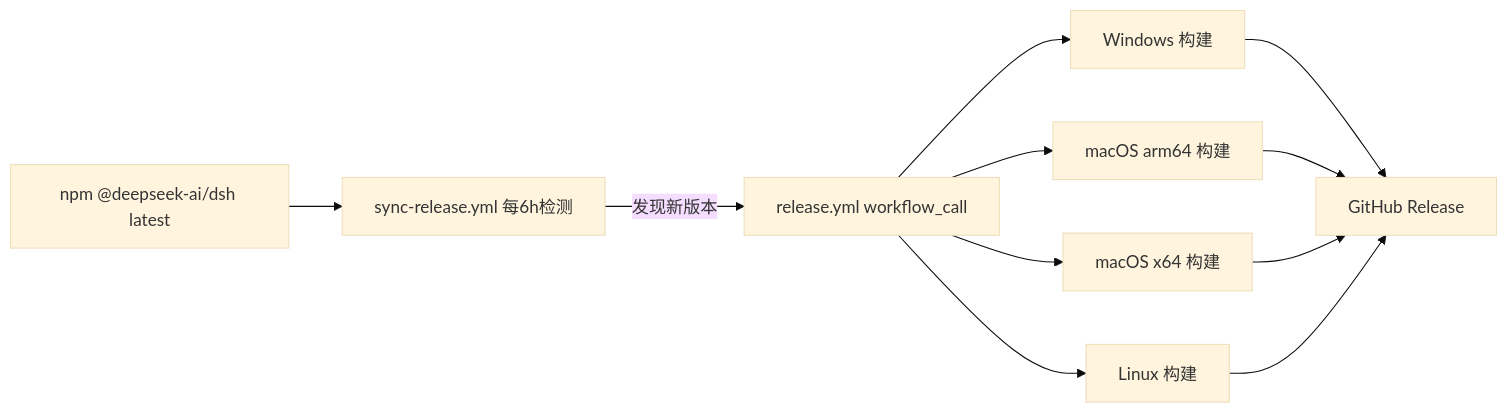
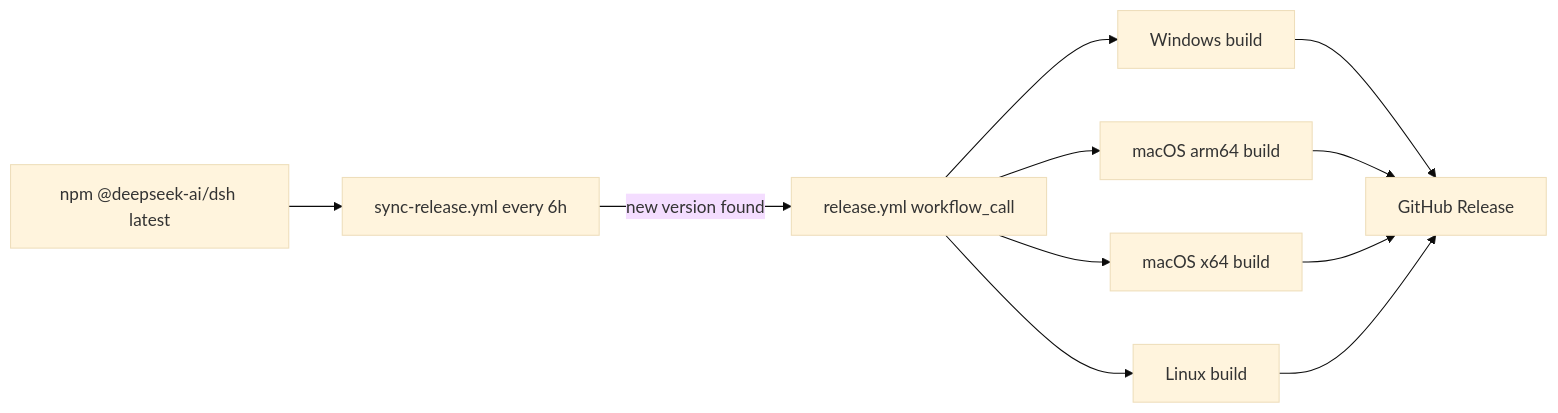
One commit to ArtisanMinds/WanglabHarnessPakege changed the diagram in README.md. Above: the diagram before and after it, drawn with Mermaid (base theme). The commit also changed other lines of this file and 2 other files, not shown here.

````diff
--- a/README.md
+++ b/README.md
@@ -100,13 +135,13 @@
 ```mermaid
 flowchart LR
-    N[npm @deepseek-ai/dsh latest] --> S[sync-release.yml 每6h检测]
-    S -->|发现新版本| R[release.yml workflow_call]
-    R --> W[Windows 构建]
-    R --> M[macOS arm64 构建]
-    R --> I[macOS x64 构建]
-    R --> L[Linux 构建]
+    N[npm @deepseek-ai/dsh latest] --> S[sync-release.yml every 6h]
+    S -->|new version found| R[release.yml workflow_call]
+    R --> W[Windows build]
+    R --> M[macOS arm64 build]
+    R --> I[macOS x64 build]
+    R --> L[Linux build]
     W --> G[GitHub Release]
     M --> G
     I --> G
     L --> G
 ```
````
